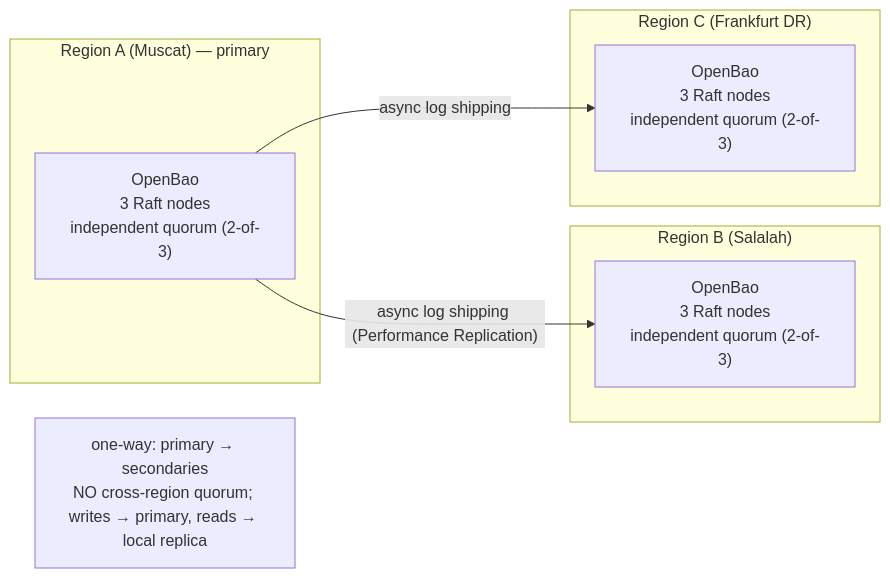
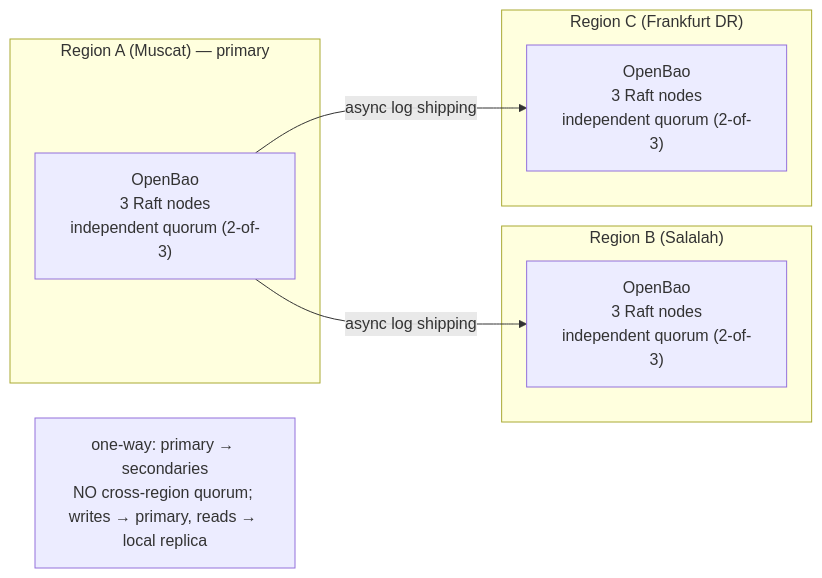
The sixth of 8 diagrams in docs/SECURITY.md (openova-io/openova), drawn with Mermaid before and after one commit. The commit also changed other lines of this file and 6 other files, not shown here.

````diff
--- a/docs/SECURITY.md
+++ b/docs/SECURITY.md
@@ -361,15 +369,15 @@
 ```mermaid
 graph LR
   subgraph A["Region A (Muscat) — primary"]
     RA["OpenBao<br/>3 Raft nodes<br/>independent quorum (2-of-3)"]
   end
   subgraph B["Region B (Salalah)"]
     RB["OpenBao<br/>3 Raft nodes<br/>independent quorum (2-of-3)"]
   end
   subgraph C["Region C (Frankfurt DR)"]
     RC["OpenBao<br/>3 Raft nodes<br/>independent quorum (2-of-3)"]
   end
-  RA -->|"async log shipping (Performance Replication)"| RB
+  RA -->|"async log shipping"| RB
   RA -->|"async log shipping"| RC
   NOTE["one-way: primary → secondaries<br/>NO cross-region quorum; writes → primary, reads → local replica"]
 ```
````
